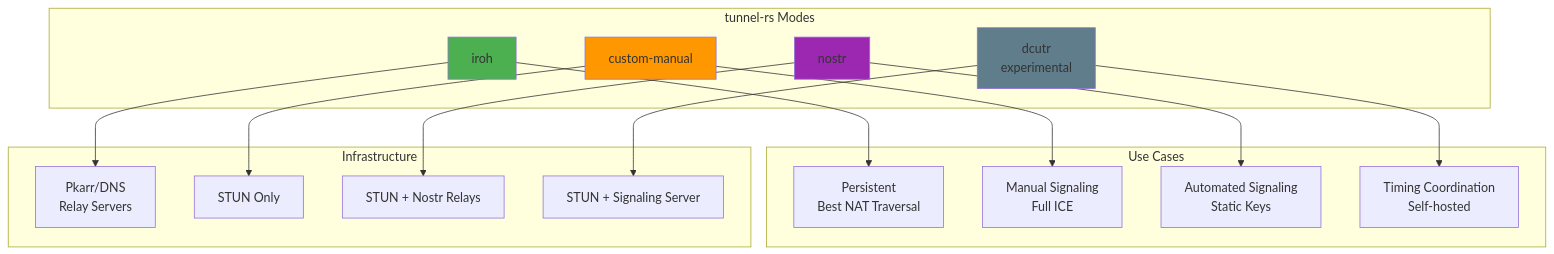
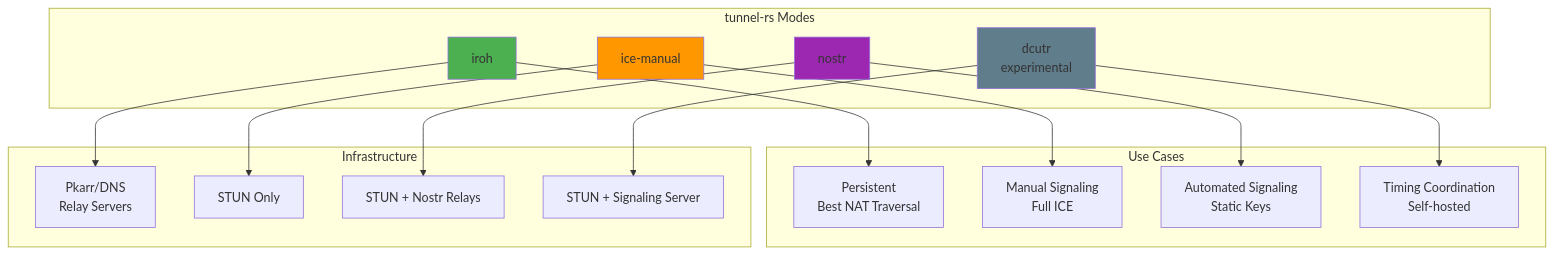
Before and after one commit to andrewtheguy/vpn-rs: the first of 36 diagrams in docs/ARCHITECTURE.md, drawn with Mermaid. The commit also changed other lines of this file and 20 other files, not shown here.

````diff
--- a/docs/ARCHITECTURE.md
+++ b/docs/ARCHITECTURE.md
@@ -27,38 +27,38 @@
 ```mermaid
 graph TB
     subgraph "tunnel-rs Modes"
         A[iroh]
-        C[custom-manual]
+        C[ice-manual]
         D2[nostr]
         D3[dcutr<br/>experimental]
     end
 
     subgraph "Use Cases"
         D[Persistent<br/>Best NAT Traversal]
         F[Manual Signaling<br/>Full ICE]
         F2[Automated Signaling<br/>Static Keys]
         F3[Timing Coordination<br/>Self-hosted]
     end
 
     subgraph "Infrastructure"
         G[Pkarr/DNS<br/>Relay Servers]
         I[STUN Only]
         I2[STUN + Nostr Relays]
         I3[STUN + Signaling Server]
     end
 
     A --> D
     C --> F
     D2 --> F2
     D3 --> F3
 
     A --> G
     C --> I
     D2 --> I2
     D3 --> I3
 
     style A fill:#4CAF50
     style C fill:#FF9800
     style D2 fill:#9C27B0
     style D3 fill:#607D8B
 ```
````
